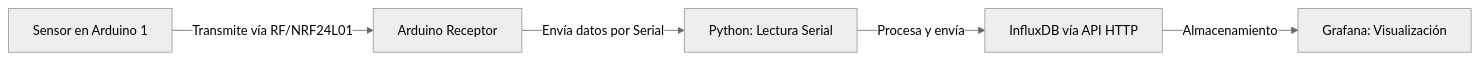
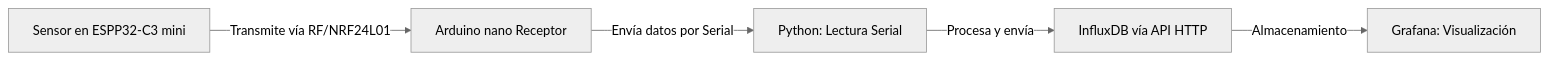
The diagram in readme.md (DanielFlores24/EstacionMetereologica), drawn with Mermaid (neutral theme) before and after one commit. The commit also changed 4 other files, not shown here.

````diff
--- a/readme.md
+++ b/readme.md
@@ -14,7 +14,7 @@
 ```mermaid
 graph LR
-    A[Sensor en Arduino 1] -->|Transmite vía RF/NRF24L01| B[Arduino Receptor]
+    A[Sensor en ESPP32-C3 mini] -->|Transmite vía RF/NRF24L01| B[Arduino nano Receptor]
     B -->|Envía datos por Serial| C[Python: Lectura Serial]
     C -->|Procesa y envía| D[InfluxDB vía API HTTP]
     D -->|Almacenamiento| E[Grafana: Visualización]
 ```
````
